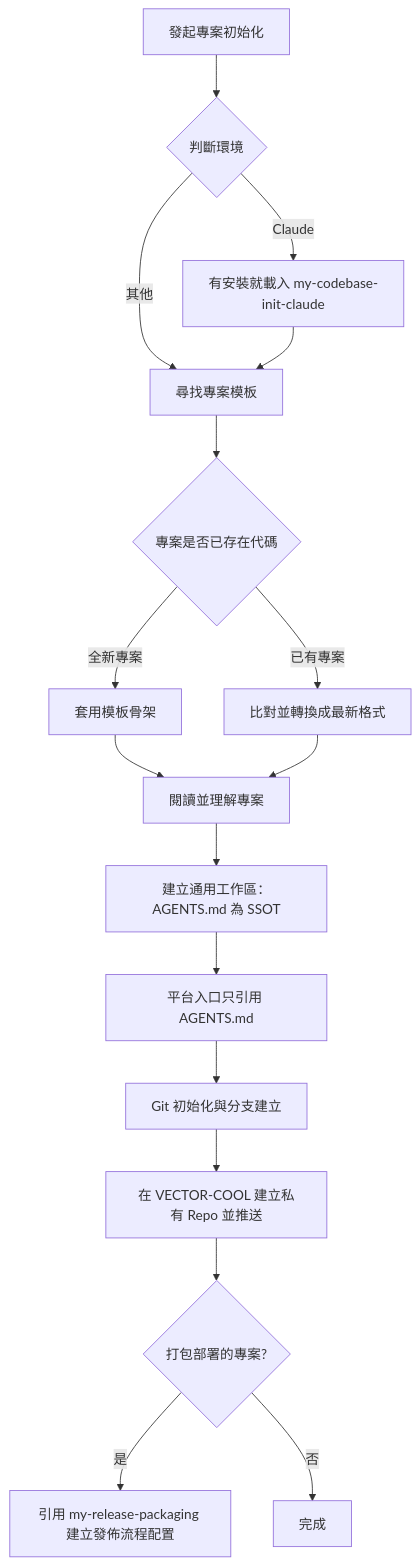
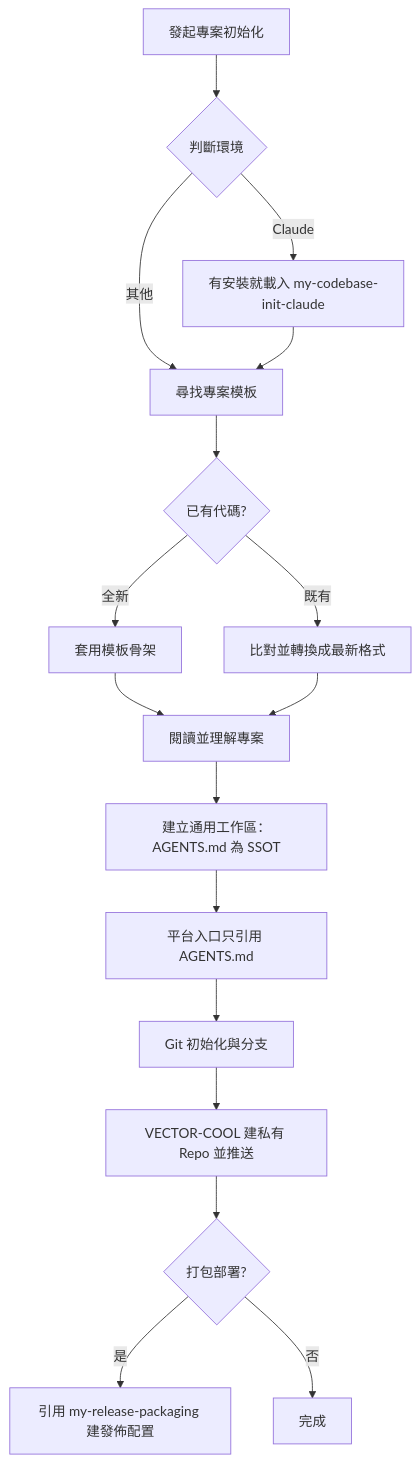
Before and after one commit to VECTOR-COOL/my-agent-toolkit: the diagram in my-plugins/my-workflow/skills/my-codebase-init/SKILL.md, drawn with Mermaid. The commit also changed other lines of this file and 15 other files, not shown here.

````diff
--- a/my-plugins/my-workflow/skills/my-codebase-init/SKILL.md
+++ b/my-plugins/my-workflow/skills/my-codebase-init/SKILL.md
@@ -10,19 +10,19 @@
 ```mermaid
 graph TD
   A[發起專案初始化] --> R{判斷環境}
   R -->|Claude| CL[有安裝就載入 my-codebase-init-claude]
   R -->|其他| B[尋找專案模板]
   CL --> B
-  B --> C{專案是否已存在代碼}
-  C -->|全新專案| D[套用模板骨架]
-  C -->|已有專案| E[比對並轉換成最新格式]
+  B --> C{已有代碼?}
+  C -->|全新| D[套用模板骨架]
+  C -->|既有| E[比對並轉換成最新格式]
   D --> U[閱讀並理解專案]
   E --> U
   U --> F[建立通用工作區：AGENTS.md 為 SSOT]
   F --> P[平台入口只引用 AGENTS.md]
-  P --> G[Git 初始化與分支建立]
-  G --> H[在 VECTOR-COOL 建立私有 Repo 並推送]
-  H --> D2{打包部署的專案?}
-  D2 -->|是| RP[引用 my-release-packaging 建立發佈流程配置]
+  P --> G[Git 初始化與分支]
+  G --> H[VECTOR-COOL 建私有 Repo 並推送]
+  H --> D2{打包部署?}
+  D2 -->|是| RP[引用 my-release-packaging 建發佈配置]
   D2 -->|否| End[完成]
 ```
````
